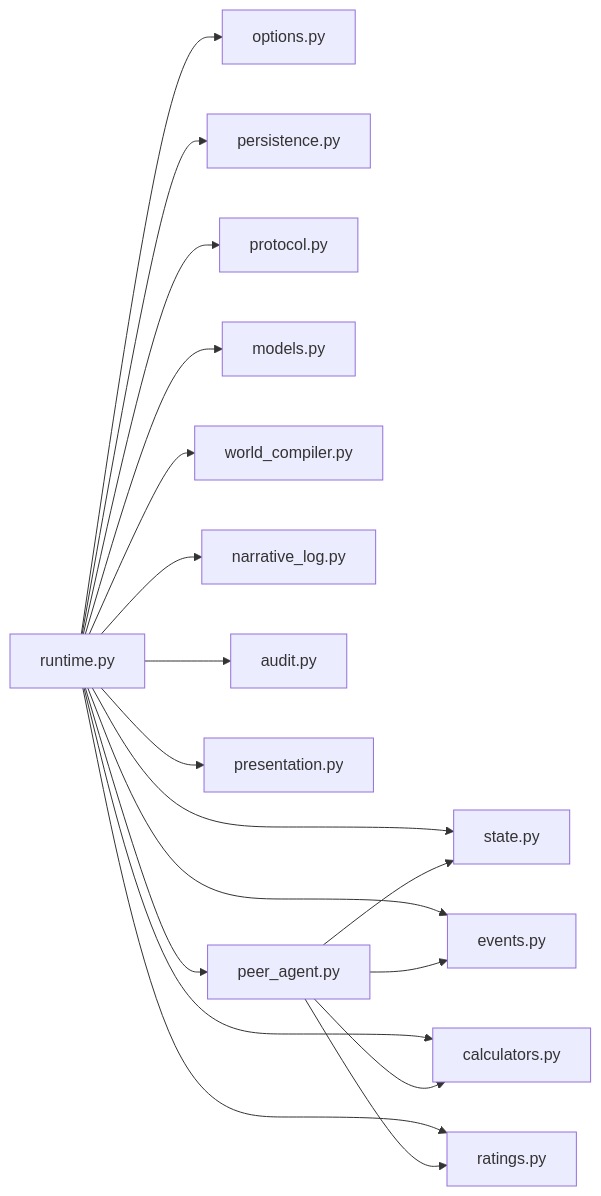
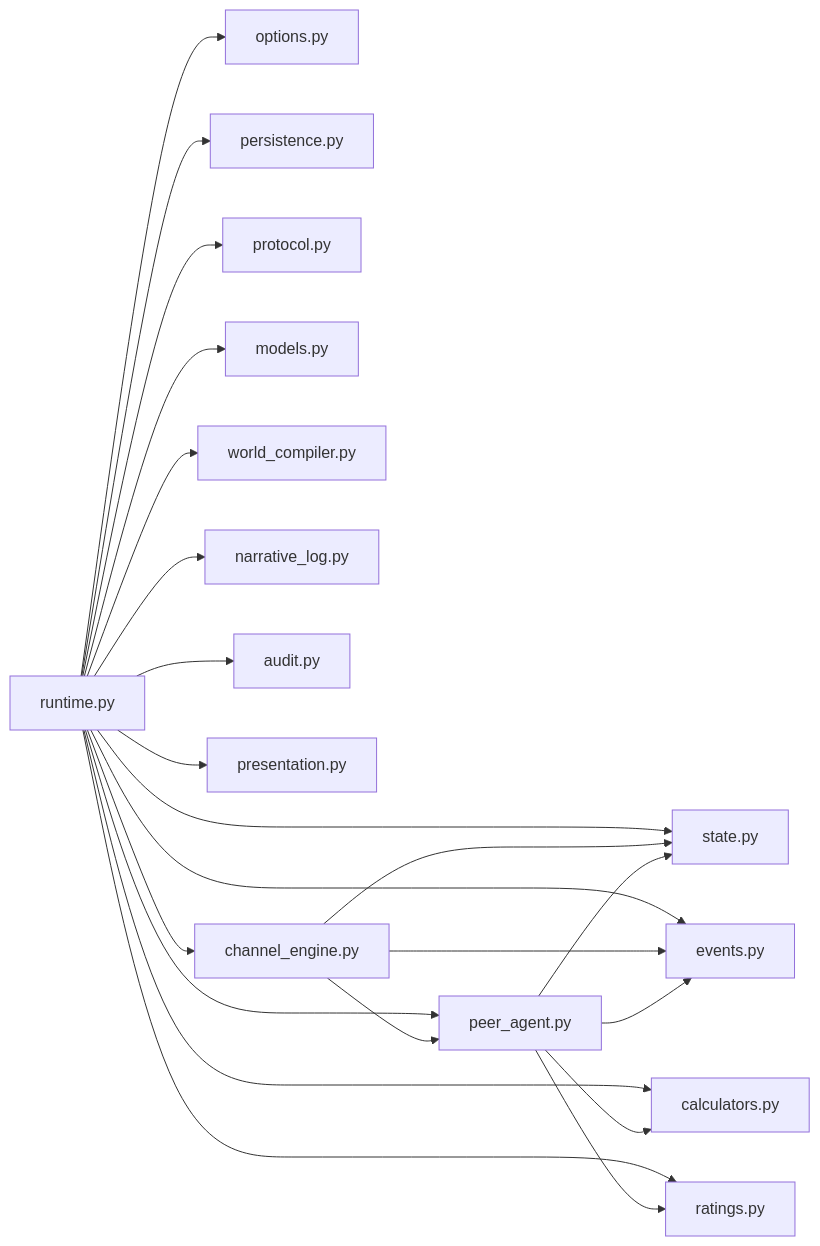
Before and after one commit to Ivandanslespace/thegreatnovel: diagram 12 of 12 in .qoder/repowiki/zh/content/运行时系统/运行时核心.md, drawn with Mermaid. The commit also changed other lines of this file and 69 other files, not shown here.

````diff
--- a/.qoder/repowiki/zh/content/运行时系统/运行时核心.md
+++ b/.qoder/repowiki/zh/content/运行时系统/运行时核心.md
@@ -555,20 +631,24 @@
 ```mermaid
 graph LR
 RT["runtime.py"] --> OPT["options.py"]
 RT --> ST["state.py"]
 RT --> PERS["persistence.py"]
 RT --> EVT["events.py"]
 RT --> PROTO["protocol.py"]
 RT --> MODELS["models.py"]
 RT --> WC["world_compiler.py"]
 RT --> NL["narrative_log.py"]
 RT --> CALC["calculators.py"]
 RT --> RAT["ratings.py"]
 RT --> AUD["audit.py"]
 RT --> PRE["presentation.py"]
 RT --> PA["peer_agent.py"]
+RT --> CE["channel_engine.py"]
+CE --> PA
+CE --> EVT
+CE --> ST
 PA --> ST
 PA --> EVT
 PA --> CALC
 PA --> RAT
 ```
````
